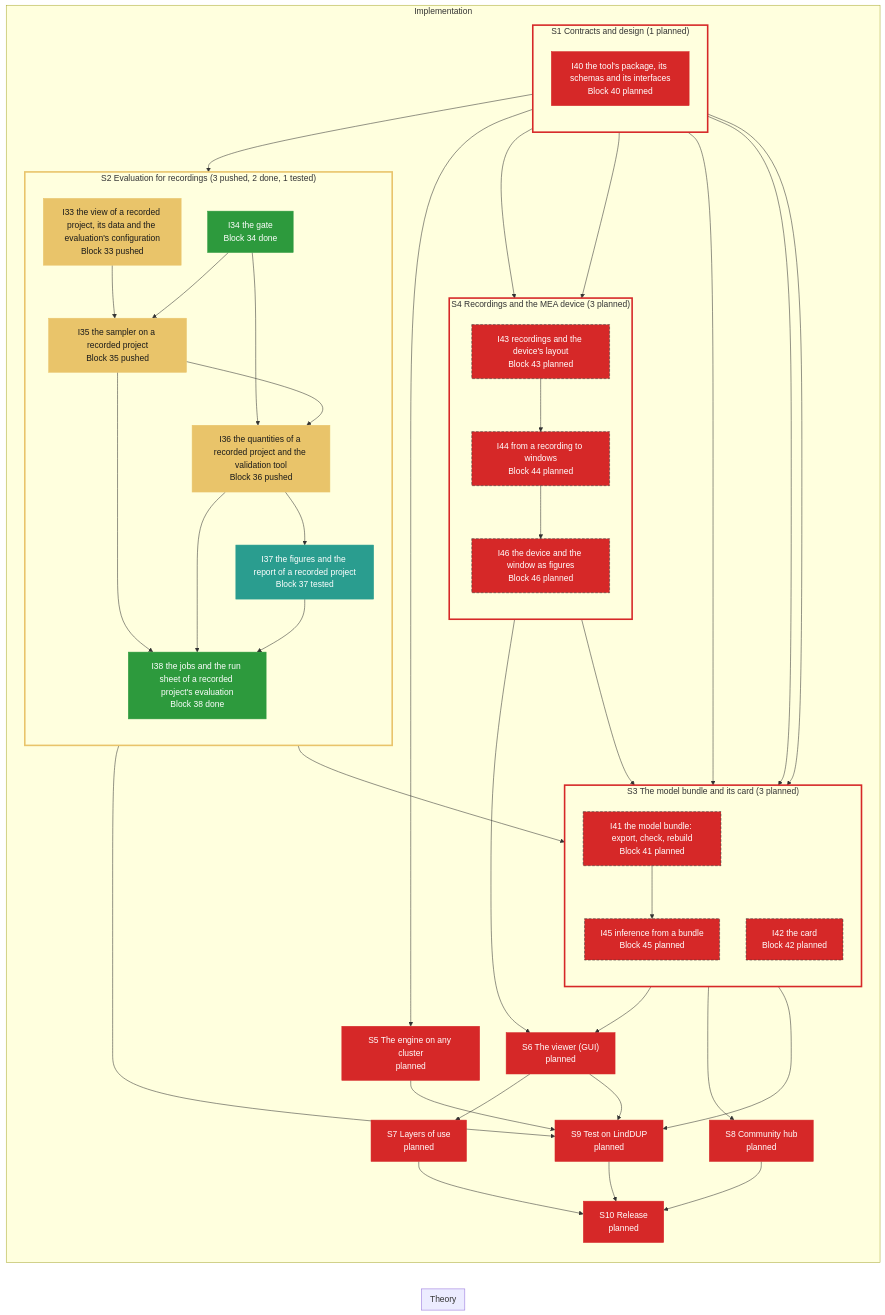
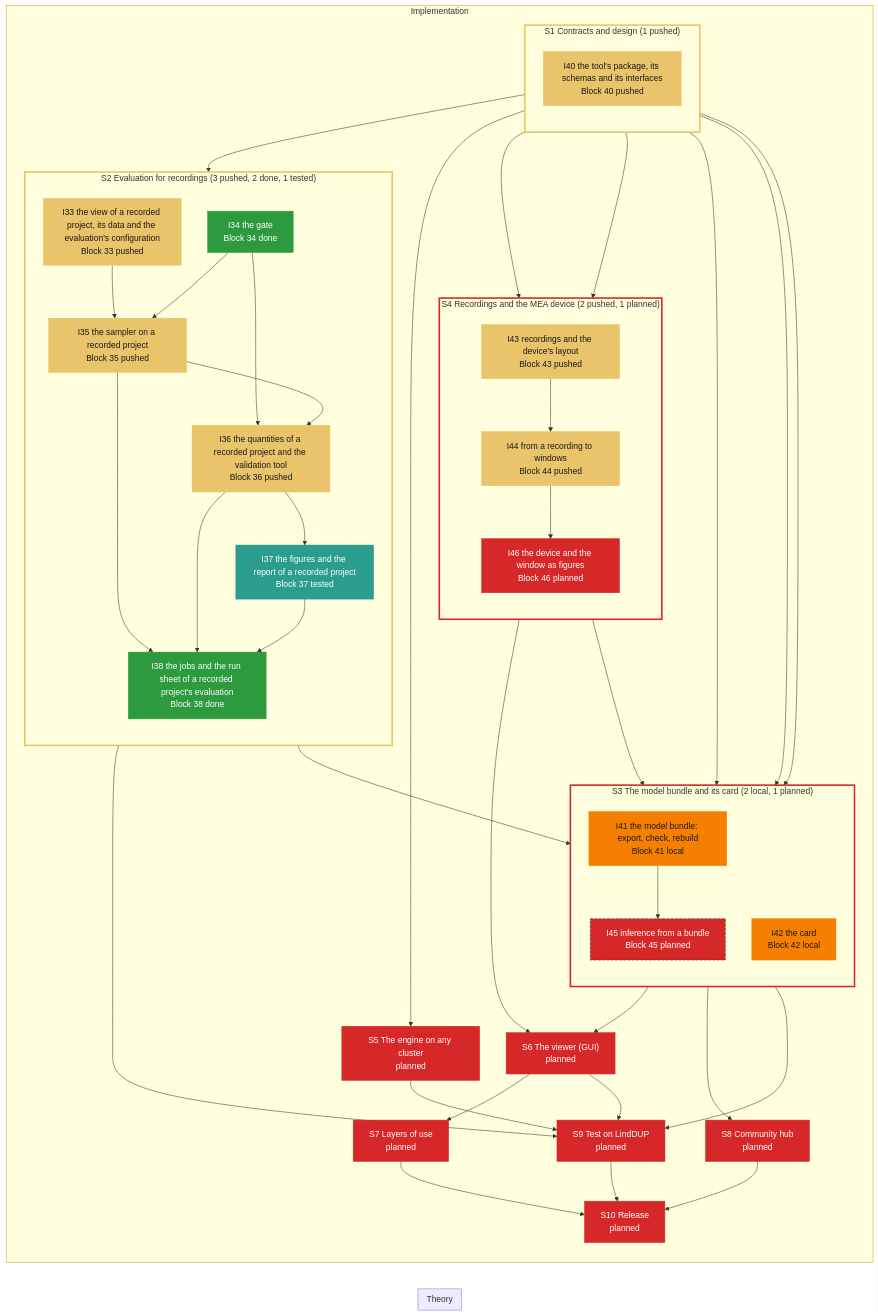
Before and after one commit to Leonardodm00/Simulation-Based-Inference: the diagram in specs/roadmap/tool.md, drawn with Mermaid. The commit also changed other lines of this file, not shown here.

Commit message:
roadmap: tool re-rendered after wave B
Claude-Session: https://claude.ai/code/session_015FuK9waJUq8JtaZq99jETA

```diff
--- a/specs/roadmap/tool.md
+++ b/specs/roadmap/tool.md
@@ -21,9 +21,9 @@
     end
     subgraph impl["Implementation"]
         direction TB
-        subgraph grp_S1["S1 Contracts and design (1 planned)"]
+        subgraph grp_S1["S1 Contracts and design (1 pushed)"]
             direction TB
-            I40["I40 the tool's package, its schemas and its interfaces<br/>Block 40 planned"]:::planned
+            I40["I40 the tool's package, its schemas and its interfaces<br/>Block 40 pushed"]:::pushed
         end
         subgraph grp_S2["S2 Evaluation for recordings (3 pushed, 2 done, 1 tested)"]
             direction TB
@@ -34,16 +34,16 @@
             I37["I37 the figures and the report of a recorded project<br/>Block 37 tested"]:::tested
             I38["I38 the jobs and the run sheet of a recorded project's evaluation<br/>Block 38 done"]:::done
         end
-        subgraph grp_S3["S3 The model bundle and its card (3 planned)"]
+        subgraph grp_S3["S3 The model bundle and its card (2 local, 1 planned)"]
             direction TB
-            I41["I41 the model bundle: export, check, rebuild<br/>Block 41 planned"]:::planned
-            I42["I42 the card<br/>Block 42 planned"]:::planned
+            I41["I41 the model bundle: export, check, rebuild<br/>Block 41 local"]:::local
+            I42["I42 the card<br/>Block 42 local"]:::local
             I45["I45 inference from a bundle<br/>Block 45 planned"]:::planned
         end
-        subgraph grp_S4["S4 Recordings and the MEA device (3 planned)"]
+        subgraph grp_S4["S4 Recordings and the MEA device (2 pushed, 1 planned)"]
             direction TB
-            I43["I43 recordings and the device's layout<br/>Block 43 planned"]:::planned
-            I44["I44 from a recording to windows<br/>Block 44 planned"]:::planned
+            I43["I43 recordings and the device's layout<br/>Block 43 pushed"]:::pushed
+            I44["I44 from a recording to windows<br/>Block 44 pushed"]:::pushed
             I46["I46 the device and the window as figures<br/>Block 46 planned"]:::planned
         end
         S5["S5 The engine on any cluster<br/>planned"]:::planned
@@ -84,8 +84,8 @@
         I44 --> I45
         I44 --> I46
     end
-    class I41,I42,I43,I44,I45,I46 blocked
-    style grp_S1 stroke:#d62828,stroke-width:3px
+    class I45 blocked
+    style grp_S1 stroke:#e9c46a,stroke-width:3px
     style grp_S2 stroke:#e9c46a,stroke-width:3px
     style grp_S3 stroke:#d62828,stroke-width:3px
     style grp_S4 stroke:#d62828,stroke-width:3px
```
